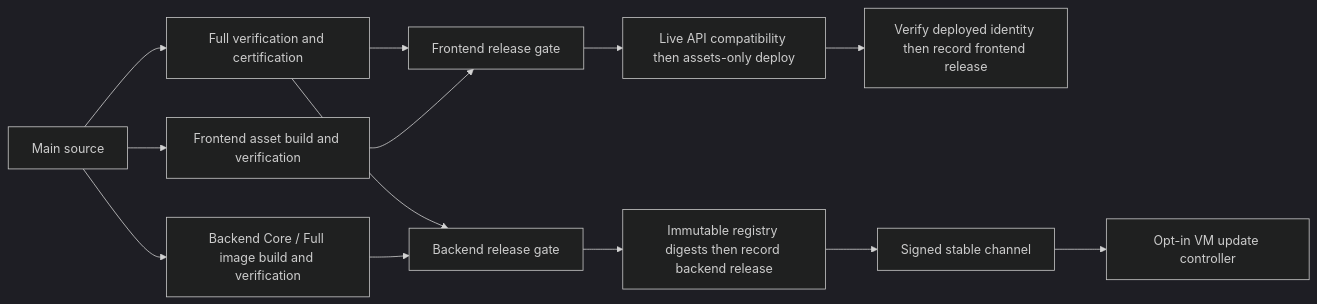
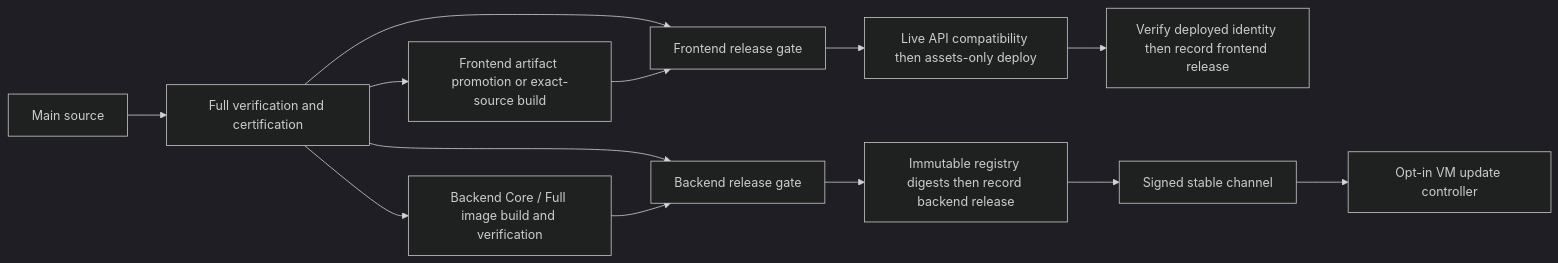
One commit to yohn-jp/codexia changed the second of 2 diagrams in docs/verification/CI-CD.md. Above: the diagram before and after it, drawn with Mermaid (dark theme). The commit also changed other lines of this file, not shown here.

Commit message:
docs(ci): define event-driven exact-source release gate and no-poll deployment graph

````diff
--- a/docs/verification/CI-CD.md
+++ b/docs/verification/CI-CD.md
@@ -73,15 +73,15 @@
 ```mermaid
 flowchart LR
   M[Main source] --> V[Full verification and certification]
-  M --> F[Frontend asset build and verification]
-  M --> B[Backend Core / Full image build and verification]
+  V --> F[Frontend artifact promotion or exact-source build]
+  V --> B[Backend Core / Full image build and verification]
   V --> FG[Frontend release gate]
   F --> FG
   V --> BG[Backend release gate]
   B --> BG
   FG --> A[Live API compatibility then assets-only deploy]
   A --> I[Verify deployed identity then record frontend release]
   BG --> R[Immutable registry digests then record backend release]
   R --> S[Signed stable channel]
   S --> U[Opt-in VM update controller]
 ```
````
